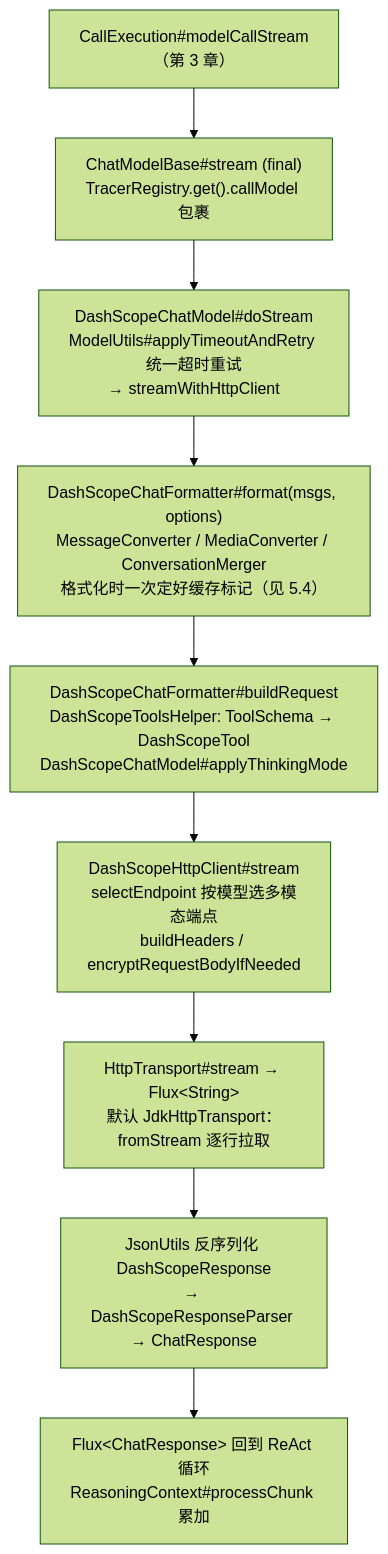
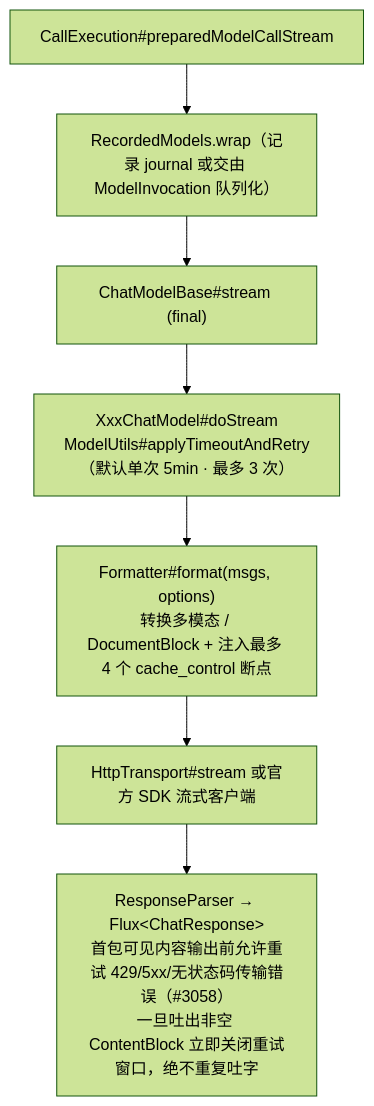
The first of 2 diagrams in 05-模型层.md (liulangjietou/AgentScope-source-analysis), drawn with Mermaid (forest theme) before and after one commit. The commit also changed other lines of this file and 14 other files, not shown here.

````diff
--- a/05-模型层.md
+++ b/05-模型层.md
@@ -109,11 +42,9 @@
 ```mermaid
 flowchart TB
-    MC["CallExecution#modelCallStream（第 3 章）"] --> CMB["ChatModelBase#stream (final)<br/>TracerRegistry.get().callModel 包裹"]
-    CMB --> DS["DashScopeChatModel#doStream<br/>ModelUtils#applyTimeoutAndRetry 统一超时重试<br/>→ streamWithHttpClient"]
-    DS --> FMT["DashScopeChatFormatter#format(msgs, options)<br/>MessageConverter / MediaConverter / ConversationMerger<br/>格式化时一次定好缓存标记（见 5.4）"]
-    FMT --> REQ["DashScopeChatFormatter#buildRequest<br/>DashScopeToolsHelper: ToolSchema → DashScopeTool<br/>DashScopeChatModel#applyThinkingMode"]
-    REQ --> HTTP["DashScopeHttpClient#stream<br/>selectEndpoint 按模型选多模态端点<br/>buildHeaders / encryptRequestBodyIfNeeded"]
-    HTTP --> TR["HttpTransport#stream → Flux&lt;String&gt;<br/>默认 JdkHttpTransport：fromStream 逐行拉取"]
-    TR --> PARSE["JsonUtils 反序列化 DashScopeResponse<br/>→ DashScopeResponseParser → ChatResponse"]
-    PARSE --> OUT["Flux&lt;ChatResponse&gt; 回到 ReAct 循环<br/>ReasoningContext#processChunk 累加"]
+    MC["CallExecution#preparedModelCallStream"] --> REC["RecordedModels.wrap（记录 journal 或交由 ModelInvocation 队列化）"]
+    REC --> CMB["ChatModelBase#stream (final)"]
+    CMB --> DO["XxxChatModel#doStream<br/>ModelUtils#applyTimeoutAndRetry（默认单次 5min · 最多 3 次）"]
+    DO --> FMT["Formatter#format(msgs, options)<br/>转换多模态 / DocumentBlock + 注入最多 4 个 cache_control 断点"]
+    FMT --> HTTP["HttpTransport#stream 或官方 SDK 流式客户端"]
+    HTTP --> PARSE["ResponseParser → Flux&lt;ChatResponse&gt;<br/>首包可见内容输出前允许重试 429/5xx/无状态码传输错误（#3058）<br/>一旦吐出非空 ContentBlock 立即关闭重试窗口，绝不重复吐字"]
 ```
````
